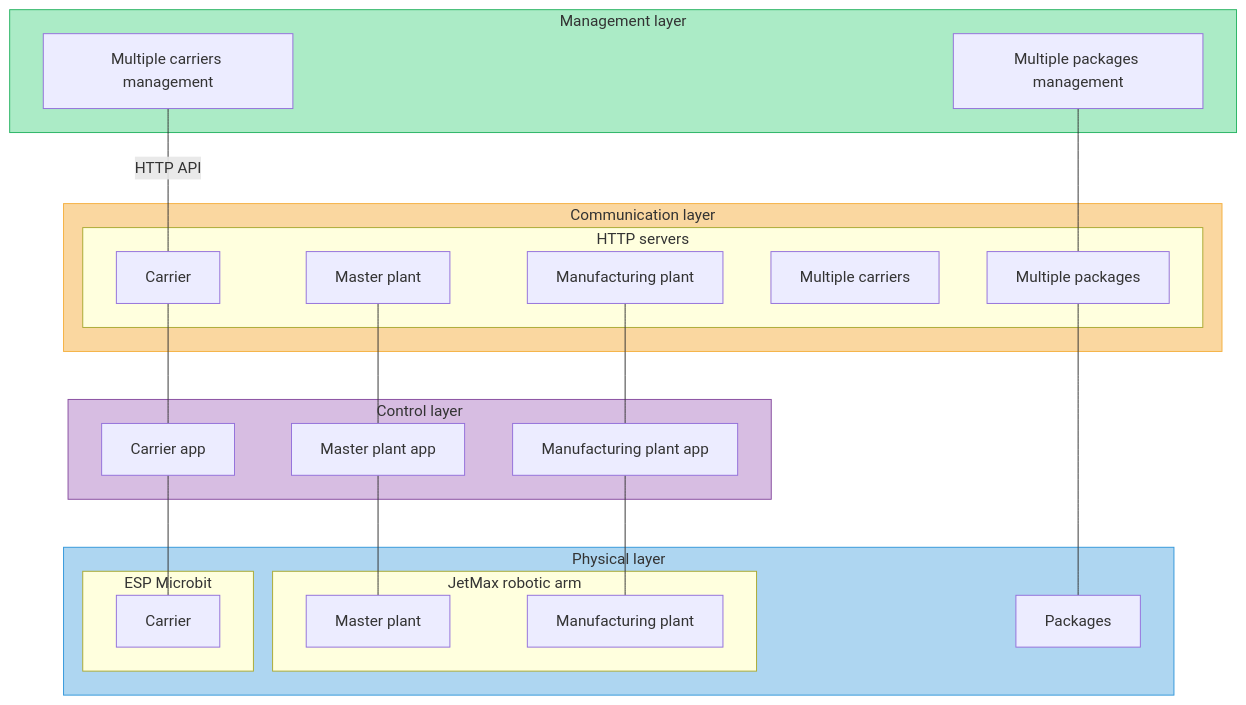
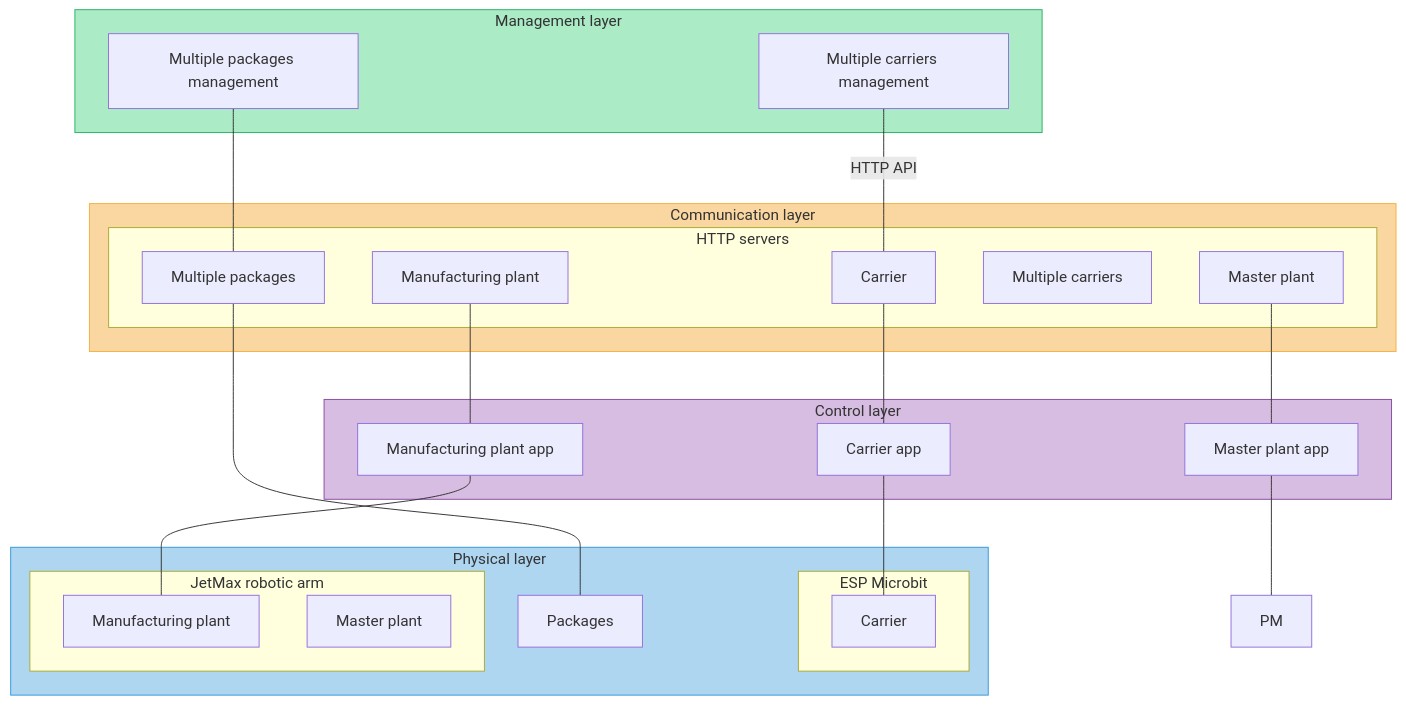
One commit to fsprojekti/shr-mfg-platform changed the first of 2 diagrams in README.md. Above: the diagram before and after it, drawn with Mermaid. The commit also changed other lines of this file, not shown here.

````diff
--- a/README.md
+++ b/README.md
@@ -12,59 +12,53 @@
 ```mermaid
 graph TD
 
 subgraph ML[Management layer]
-    MC[Multiple carriers management ]
-    MPP[Multiple packages management]
+    MCM[Multiple carriers management ]
+    MPM[Multiple packages management]
 end
 subgraph CL[Communication layer]
     subgraph CL1[HTTP servers]
     CC[Carrier]
-    CO[Master plant]
-    CM[Manufacturing plant]
-    MCM[Multiple carriers]
-    CPP[Multiple packages]
+    CM[Master plant]
+    CMFG[Manufacturing plant]
+    CMC[Multiple carriers]
+    CMP[Multiple packages]
 
 
     end
     
 end
 subgraph AL[Control layer]
-    AO[Master plant app]
-    AC[Carrier app]
-    AM[Manufacturing plant app]
+    CTM[Master plant app]
+    CTC[Carrier app]
+    CTMFG[Manufacturing plant app]
    
 end
 subgraph PL[Physical layer]
     subgraph PL1[ESP Microbit]
-    C[Carrier]
+    PC[Carrier]
     end
    
     subgraph PL2[JetMax robotic arm]
-        M[Manufacturing plant]
-        O[Master plant]
+        PMFG[Manufacturing plant]
+        PO[Master plant]
     end
     P[Packages]
 end
 
-AO---O
-AC---C
-AM---M
+CMFG---CTMFG---PMFG
+CM---CTM---PM
 
-CO---AO
-CC---AC
-CM---AM
+MPM---CMP---P
 
-
-MPP---CPP---P
-
-MC---|HTTP API|CC
+MCM---|HTTP API|CC---CTC---PC
 
 
 
 style CL fill:#FAD7A0, stroke:#F5B041
 style PL fill:#AED6F1, stroke:#3498DB
 style ML fill:#ABEBC6, stroke:#28B463
 style AL fill:#D7BDE2, stroke:#884EA0
 
 
 ```
````
